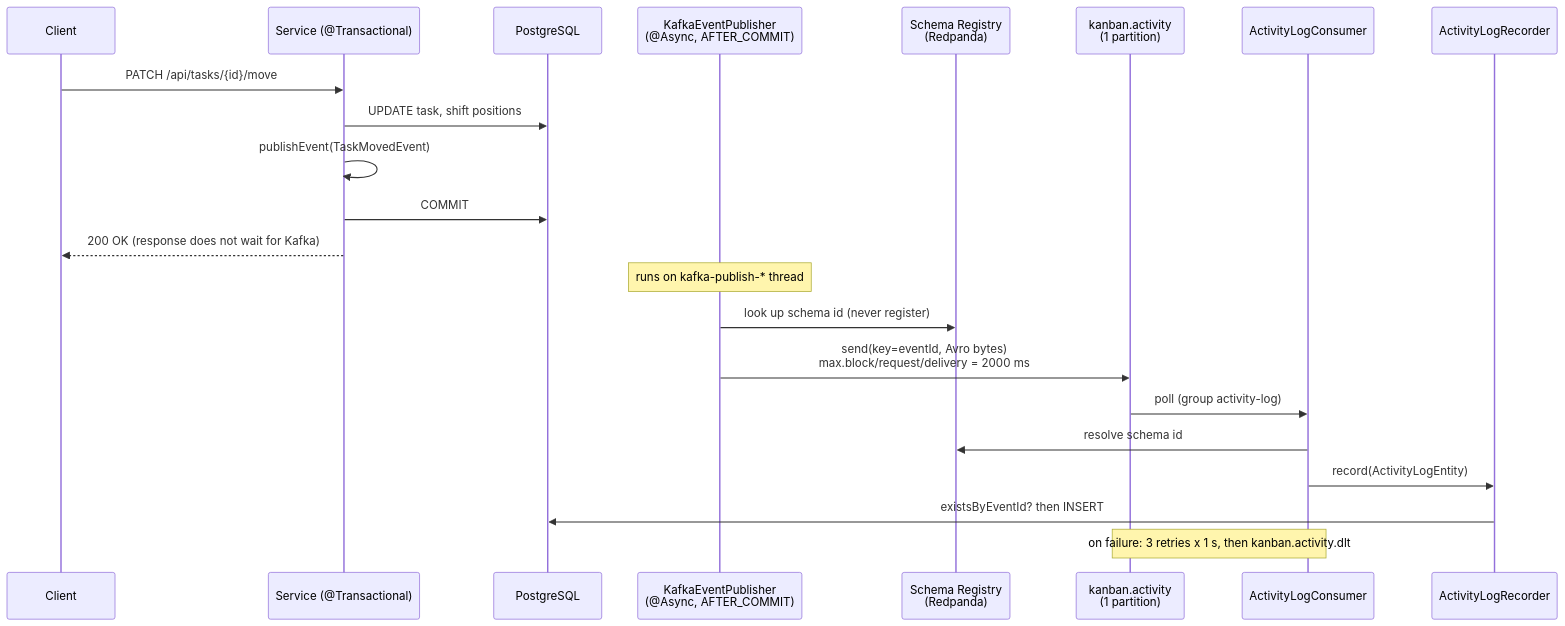
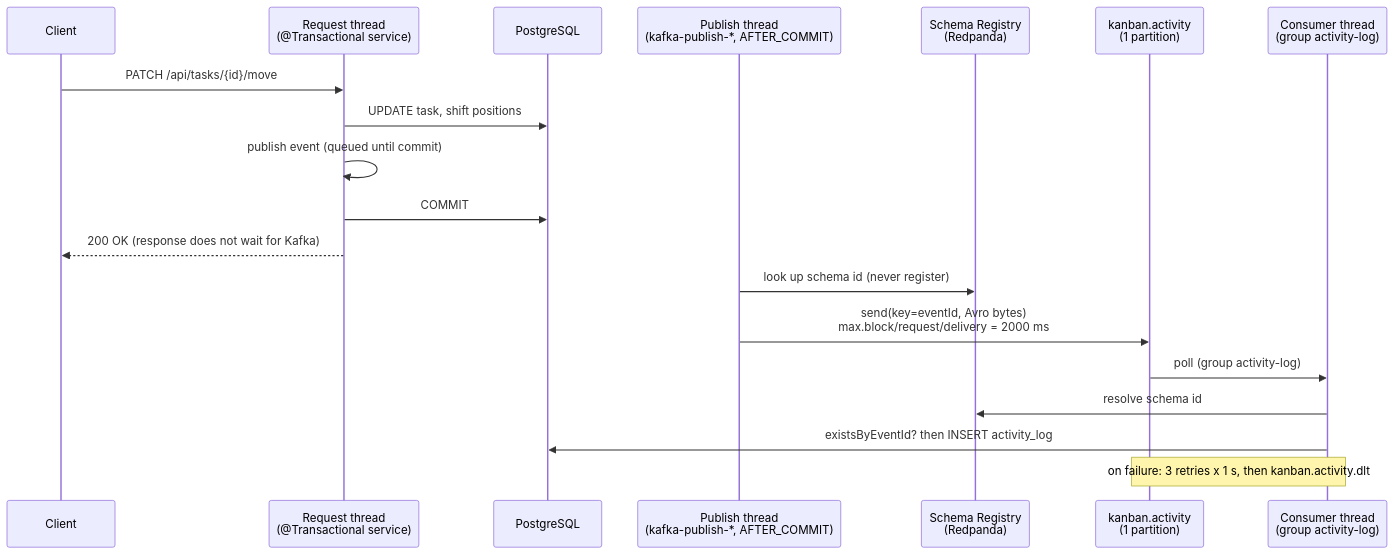
One commit to RudVlad473/kanban-board-backend changed the diagram in docs/learning/07-events-and-activity-feed.md. Above: the diagram before and after it, drawn with Mermaid. The commit also changed other lines of this file and 6 other files, not shown here.

First line of the commit message:
docs(quick-261005-sun): verify and fix the kept learning-guide diagrams

````diff
--- a/docs/learning/07-events-and-activity-feed.md
+++ b/docs/learning/07-events-and-activity-feed.md
@@ -74,25 +74,22 @@
 ```mermaid
 sequenceDiagram
     participant C as Client
-    participant S as Service (@Transactional)
+    participant S as Request thread<br/>(@Transactional service)
     participant DB as PostgreSQL
-    participant P as KafkaEventPublisher<br/>(@Async, AFTER_COMMIT)
+    participant P as Publish thread<br/>(kafka-publish-*, AFTER_COMMIT)
     participant R as Schema Registry<br/>(Redpanda)
     participant K as kanban.activity<br/>(1 partition)
-    participant L as ActivityLogConsumer
-    participant A as ActivityLogRecorder
+    participant L as Consumer thread<br/>(group activity-log)
 
     C->>S: PATCH /api/tasks/{id}/move
     S->>DB: UPDATE task, shift positions
-    S->>S: publishEvent(TaskMovedEvent)
+    S->>S: publish event (queued until commit)
     S->>DB: COMMIT
     S-->>C: 200 OK (response does not wait for Kafka)
-    Note over P: runs on kafka-publish-* thread
     P->>R: look up schema id (never register)
     P->>K: send(key=eventId, Avro bytes)<br/>max.block/request/delivery = 2000 ms
     K->>L: poll (group activity-log)
     L->>R: resolve schema id
-    L->>A: record(ActivityLogEntity)
-    A->>DB: existsByEventId? then INSERT
+    L->>DB: existsByEventId? then INSERT activity_log
     Note over L,K: on failure: 3 retries x 1 s, then kanban.activity.dlt
 ```
````
